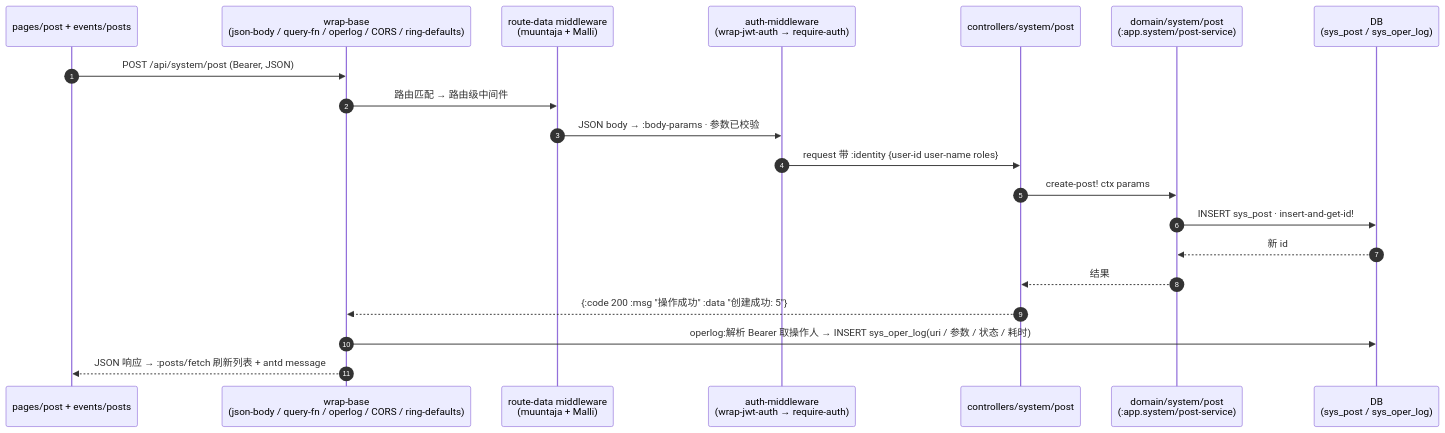
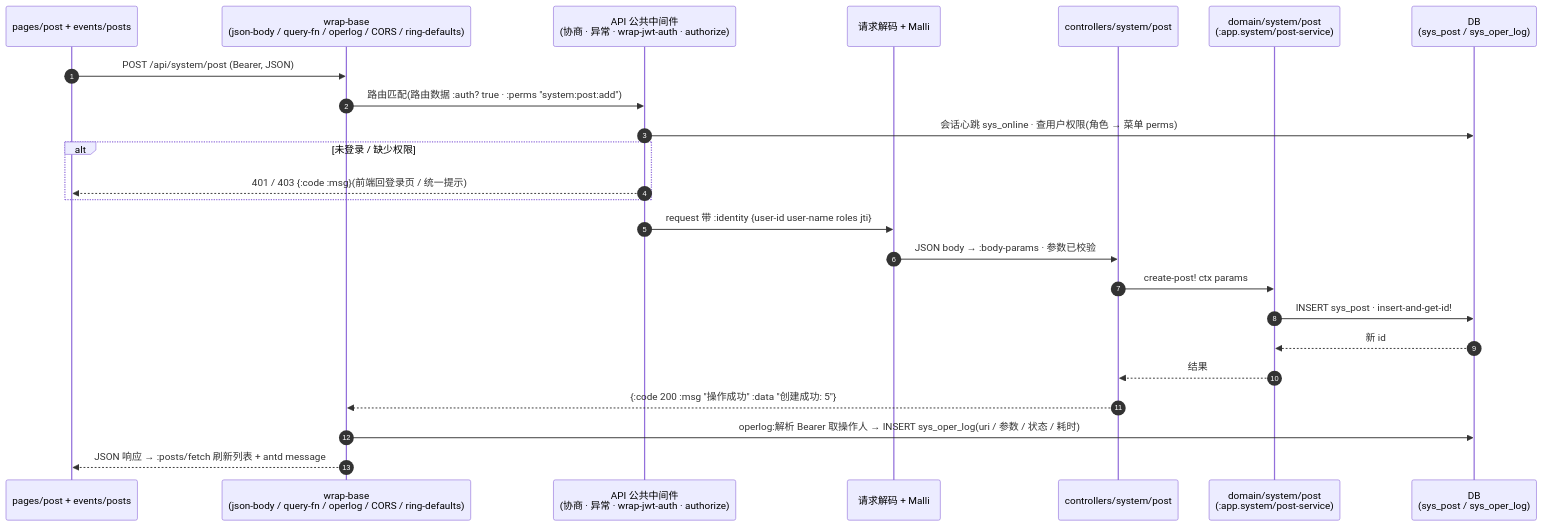
The tenth of 14 diagrams in docs/architecture/c4-model.org (RedCreationTech/clj-cljs-template), drawn with Mermaid before and after one commit. The commit also changed other lines of this file and 144 other files, not shown here.

```diff
--- a/docs/architecture/c4-model.org
+++ b/docs/architecture/c4-model.org
@@ -556,22 +566,26 @@
 #+begin_src mermaid :file img/dyn-crud.svg :exports results
 sequenceDiagram
   autonumber
   participant SPA as pages/post + events/posts
   participant BASE as wrap-base<br/>(json-body / query-fn / operlog / CORS / ring-defaults)
-  participant RD as route-data middleware<br/>(muuntaja + Malli)
-  participant AUTH as auth-middleware<br/>(wrap-jwt-auth → require-auth)
+  participant AUTH as API 公共中间件<br/>(协商 · 异常 · wrap-jwt-auth · authorize)
+  participant RD as 请求解码 + Malli
   participant CTRL as controllers/system/post
   participant SVC as domain/system/post<br/>(:app.system/post-service)
   participant DB as DB<br/>(sys_post / sys_oper_log)
   SPA->>BASE: POST /api/system/post (Bearer, JSON)
-  BASE->>RD: 路由匹配 → 路由级中间件
-  RD->>AUTH: JSON body → :body-params · 参数已校验
-  AUTH->>CTRL: request 带 :identity {user-id user-name roles}
+  BASE->>AUTH: 路由匹配(路由数据 :auth? true · :perms "system:post:add")
+  AUTH->>DB: 会话心跳 sys_online · 查用户权限(角色 → 菜单 perms)
+  alt 未登录 / 缺少权限
+    AUTH-->>SPA: 401 / 403 {:code :msg}(前端回登录页 / 统一提示)
+  end
+  AUTH->>RD: request 带 :identity {user-id user-name roles jti}
+  RD->>CTRL: JSON body → :body-params · 参数已校验
   CTRL->>SVC: create-post! ctx params
   SVC->>DB: INSERT sys_post · insert-and-get-id!
   DB-->>SVC: 新 id
   SVC-->>CTRL: 结果
   CTRL-->>BASE: {:code 200 :msg "操作成功" :data "创建成功: 5"}
   BASE->>DB: operlog:解析 Bearer 取操作人 → INSERT sys_oper_log(uri / 参数 / 状态 / 耗时)
   BASE-->>SPA: JSON 响应 → :posts/fetch 刷新列表 + antd message
 #+end_src
```
